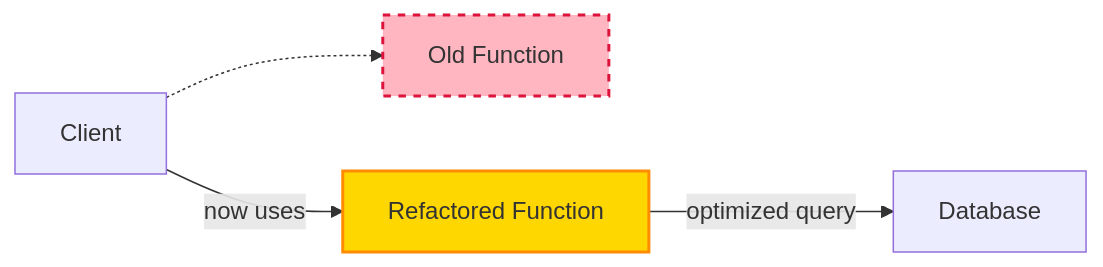
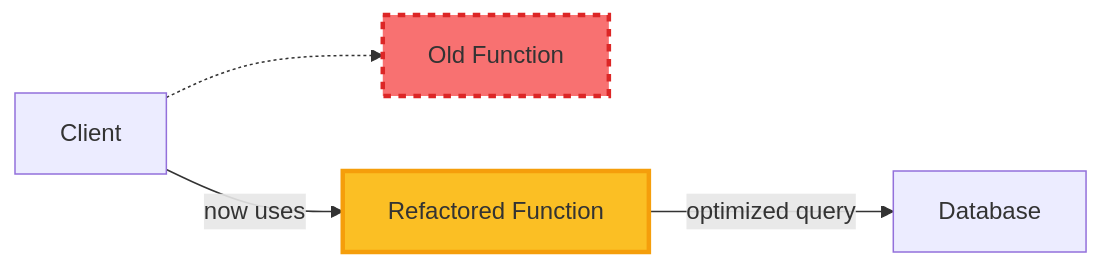
One commit to Smana/scai changed the third of 6 diagrams in .claude/commands/update-pr.md. Above: the diagram before and after it, drawn with Mermaid. The commit also changed other lines of this file and 57 other files, not shown here.

````diff
--- a/.claude/commands/update-pr.md
+++ b/.claude/commands/update-pr.md
@@ -272,14 +191,14 @@
 ```mermaid
 flowchart LR
     client["Client"]
     oldFunc["Old Function"]:::removed
     newFunc["Refactored Function"]:::modified
     db["Database"]
 
     client -.-> oldFunc
     client -- "now uses" --> newFunc
     newFunc -- "optimized query" --> db
 
-    classDef removed fill:#FFB6C1,stroke:#DC143C,stroke-width:2px,stroke-dasharray: 5 5
-    classDef modified fill:#FFD700,stroke:#FF8C00,stroke-width:2px
+    classDef removed fill:#F87171,stroke:#DC2626,stroke-width:3px,stroke-dasharray: 5 5
+    classDef modified fill:#FBBF24,stroke:#F59E0B,stroke-width:3px
 ```
````
